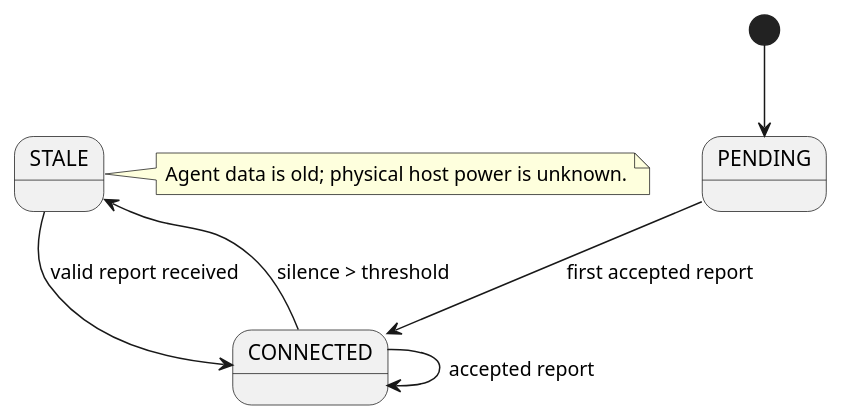
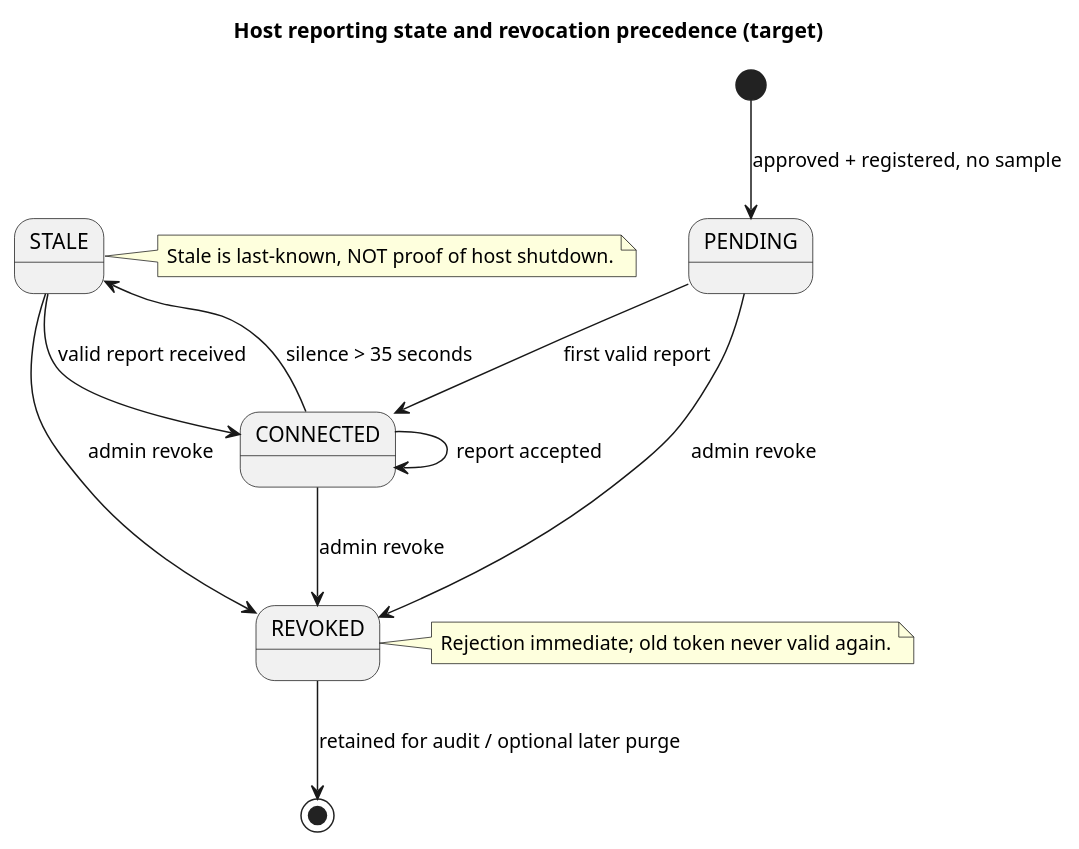
One commit to Adam-BArbia/fleetluma changed the diagram in docs/uml/plantuml/15_state_host.puml. Above: the diagram before and after it, drawn with PlantUML.

Commit message:
docs(FL-31): synchronize 15_state_host.puml with cloud pairing model

```diff
--- a/docs/uml/plantuml/15_state_host.puml
+++ b/docs/uml/plantuml/15_state_host.puml
@@ -1,8 +1,14 @@
 @startuml 15_state_host
-[*] --> PENDING
-PENDING --> CONNECTED : first accepted report
-CONNECTED --> CONNECTED : accepted report
-CONNECTED --> STALE : silence > threshold
+title Host reporting state and revocation precedence (target)
+[*] --> PENDING : approved + registered, no sample
+PENDING --> CONNECTED : first valid report
+CONNECTED --> CONNECTED : report accepted
+CONNECTED --> STALE : silence > 35 seconds
 STALE --> CONNECTED : valid report received
-note right of STALE: Agent data is old; physical host power is unknown.
+PENDING --> REVOKED : admin revoke
+CONNECTED --> REVOKED : admin revoke
+STALE --> REVOKED : admin revoke
+REVOKED --> [*] : retained for audit / optional later purge
+note right of STALE : Stale is last-known, NOT proof of host shutdown.
+note right of REVOKED : Rejection immediate; old token never valid again.
 @enduml
```
